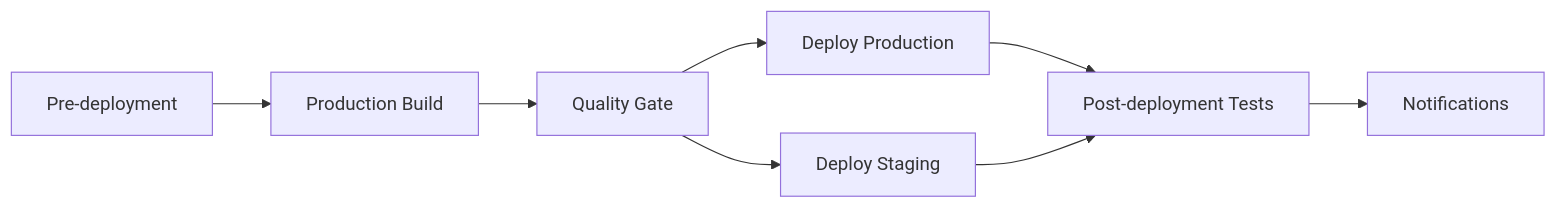
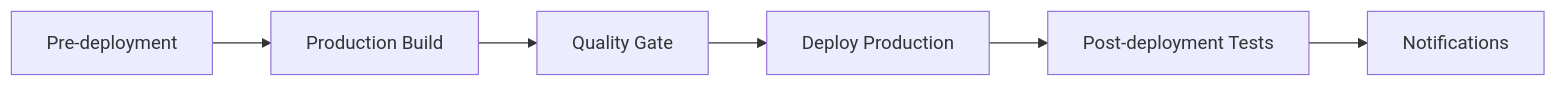
The third of 3 diagrams in docs/CI-CD.md (morbargig/iAgent), drawn with Mermaid before and after one commit. The commit also changed other lines of this file and 45 other files, not shown here.

````diff
--- a/docs/CI-CD.md
+++ b/docs/CI-CD.md
@@ -290,10 +284,8 @@
 ```mermaid
 graph LR
     A[Pre-deployment] --> B[Production Build]
     B --> C[Quality Gate]
     C --> D[Deploy Production]
-    C --> E[Deploy Staging]
-    D --> F[Post-deployment Tests]
-    E --> F
-    F --> G[Notifications]
+    D --> E[Post-deployment Tests]
+    E --> F[Notifications]
 ```
````
